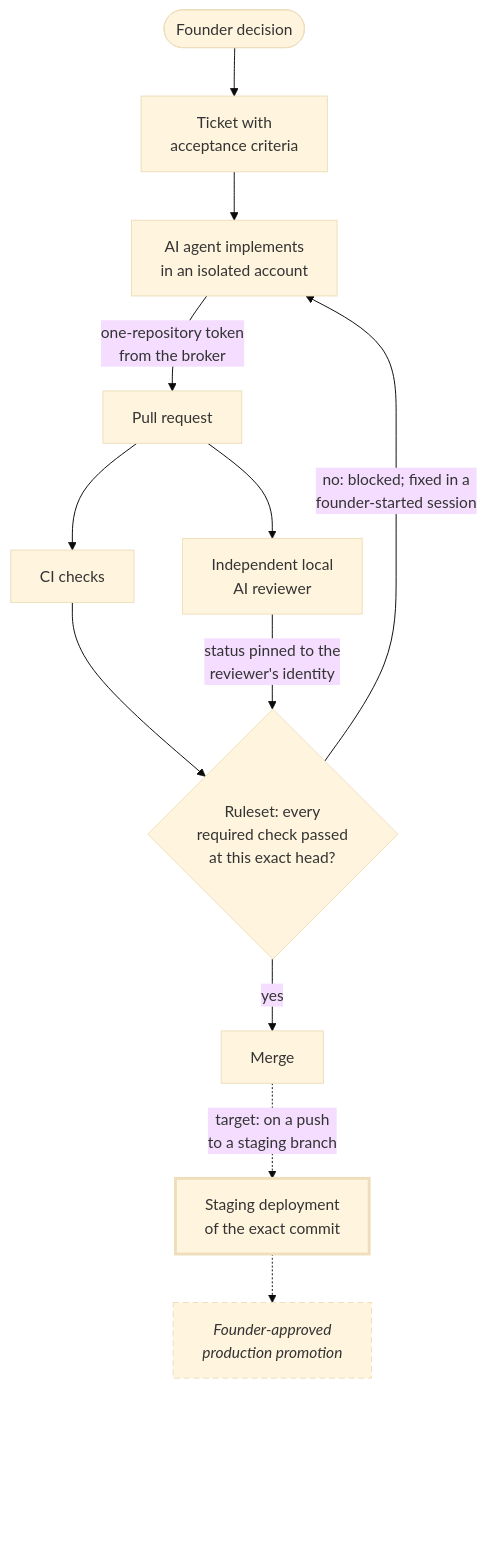
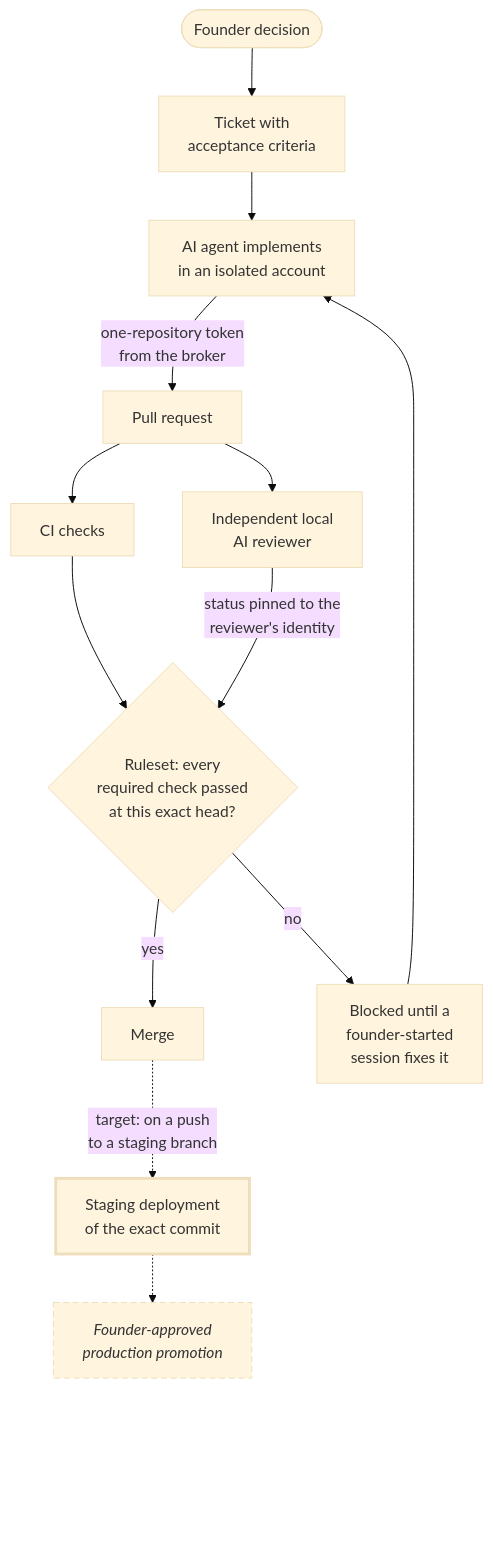
The diagram in README.md (mk-global/engineering-showcase), drawn with Mermaid (base theme) before and after one commit.

Commit message:
Put the README diagram's no label beside its decision (#6)
Mermaid places an edge label at the edge's midpoint, so the long return
edge put 'no' level with the pull request. The blocked outcome is now its
own node under the decision, next to 'yes'.

````diff
--- a/README.md
+++ b/README.md
@@ -48,24 +48,25 @@
 ```mermaid
 flowchart TD
     founder(["Founder decision"]) --> ticket["Ticket with<br/>acceptance criteria"]
     ticket --> agent["AI agent implements<br/>in an isolated account"]
     agent -->|"one-repository token<br/>from the broker"| pr["Pull request"]
     pr --> ci["CI checks"]
     pr --> review["Independent local<br/>AI reviewer"]
     ci --> gate{"Ruleset: every<br/>required check passed<br/>at this exact head?"}
     review -->|"status pinned to the<br/>reviewer's identity"| gate
     gate -->|"yes"| merge["Merge"]
-    gate -->|"no: blocked; fixed in a<br/>founder-started session"| agent
+    gate -->|"no"| blocked["Blocked until a<br/>founder-started<br/>session fixes it"]
+    blocked --> agent
     merge -.->|"target: on a push<br/>to a staging branch"| staging["Staging deployment<br/>of the exact commit"]
     staging -.-> prod["Founder-approved<br/>production promotion"]
     %% An invisible spacer keeps the last node clear of the pan and zoom
     %% controls GitHub draws over the bottom-right corner on narrow screens.
     prod ~~~ spacer["<br/><br/><br/><br/>"]
 
     classDef notinservice stroke-width:3px;
     classDef planned stroke-dasharray: 6 4,font-style:italic;
     classDef spacer fill:none,stroke:none;
     class staging notinservice;
     class prod planned;
     class spacer spacer;
 ```
````
